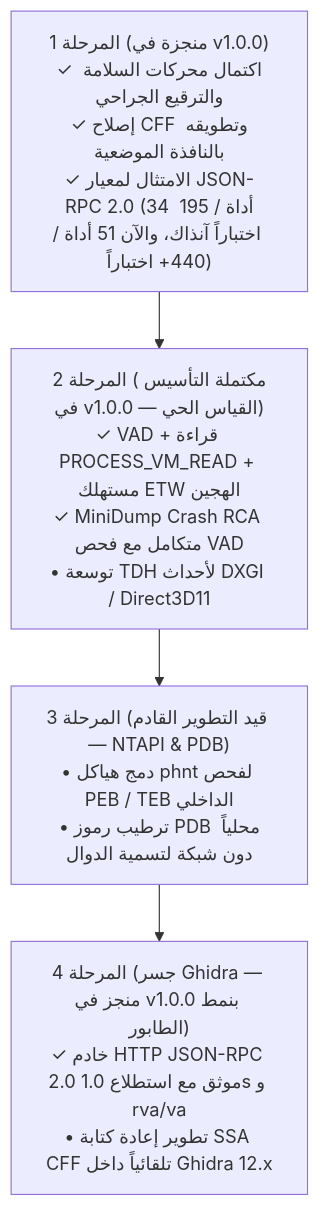
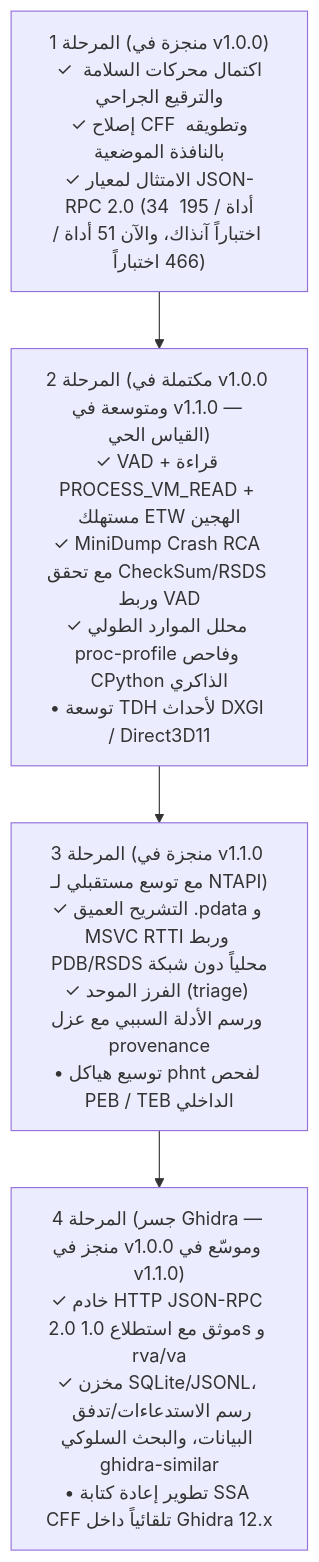
The diagram in docs/ROADMAP.md (bio-colab/bintra), drawn with Mermaid before and after one commit. The commit also changed other lines of this file and 17 other files, not shown here.

````diff
--- a/docs/ROADMAP.md
+++ b/docs/ROADMAP.md
@@ -74,11 +74,11 @@
 ```mermaid
 flowchart TD
-    M1["المرحلة 1 (منجزة في v1.0.0)<br>✓ اكتمال محركات السلامة والترقيع الجراحي<br>✓ إصلاح CFF وتطويقه بالنافذة الموضعية<br>✓ الامتثال لمعيار JSON-RPC 2.0 (34 أداة / 195 اختباراً آنذاك، والآن 51 أداة / 440+ اختباراً)"]
-    M2["المرحلة 2 (مكتملة التأسيس في v1.0.0 — القياس الحي)<br>✓ VAD + قراءة PROCESS_VM_READ + مستهلك ETW الهجين<br>✓ MiniDump Crash RCA متكامل مع فحص VAD<br>• توسعة TDH لأحداث DXGI / Direct3D11"]
-    M3["المرحلة 3 (قيد التطوير القادم — NTAPI & PDB)<br>• دمج هياكل phnt لفحص PEB / TEB الداخلي<br>• ترطيب رموز PDB محلياً دون شبكة لتسمية الدوال"]
-    M4["المرحلة 4 (جسر Ghidra — منجز في v1.0.0 بنمط الطابور)<br>✓ خادم HTTP JSON-RPC 2.0 موثق مع استطلاع 1.0s و rva/va<br>• تطوير إعادة كتابة SSA CFF تلقائياً داخل Ghidra 12.x"]
+    M1["المرحلة 1 (منجزة في v1.0.0)<br>✓ اكتمال محركات السلامة والترقيع الجراحي<br>✓ إصلاح CFF وتطويقه بالنافذة الموضعية<br>✓ الامتثال لمعيار JSON-RPC 2.0 (34 أداة / 195 اختباراً آنذاك، والآن 51 أداة / 466 اختباراً)"]
+    M2["المرحلة 2 (مكتملة في v1.0.0 ومتوسعة في v1.1.0 — القياس الحي)<br>✓ VAD + قراءة PROCESS_VM_READ + مستهلك ETW الهجين<br>✓ MiniDump Crash RCA مع تحقق CheckSum/RSDS وربط VAD<br>✓ محلل الموارد الطولي proc-profile وفاحص CPython الذاكري<br>• توسعة TDH لأحداث DXGI / Direct3D11"]
+    M3["المرحلة 3 (منجزة في v1.1.0 مع توسع مستقبلي لـ NTAPI)<br>✓ التشريح العميق .pdata و MSVC RTTI وربط PDB/RSDS محلياً دون شبكة<br>✓ الفرز الموحد (triage) ورسم الأدلة السببي مع عزل provenance<br>• توسيع هياكل phnt لفحص PEB / TEB الداخلي"]
+    M4["المرحلة 4 (جسر Ghidra — منجز في v1.0.0 وموسّع في v1.1.0)<br>✓ خادم HTTP JSON-RPC 2.0 موثق مع استطلاع 1.0s و rva/va<br>✓ مخزن SQLite/JSONL، رسم الاستدعاءات/تدفق البيانات، والبحث السلوكي ghidra-similar<br>• تطوير إعادة كتابة SSA CFF تلقائياً داخل Ghidra 12.x"]
 
     M1 --> M2
     M2 --> M3
     M3 --> M4
 ```
````
